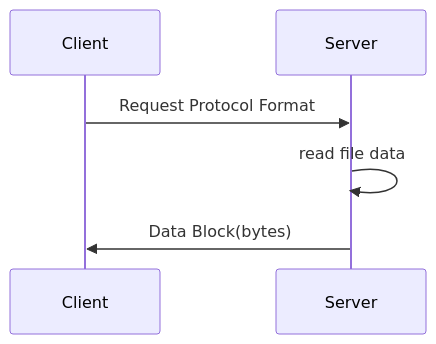
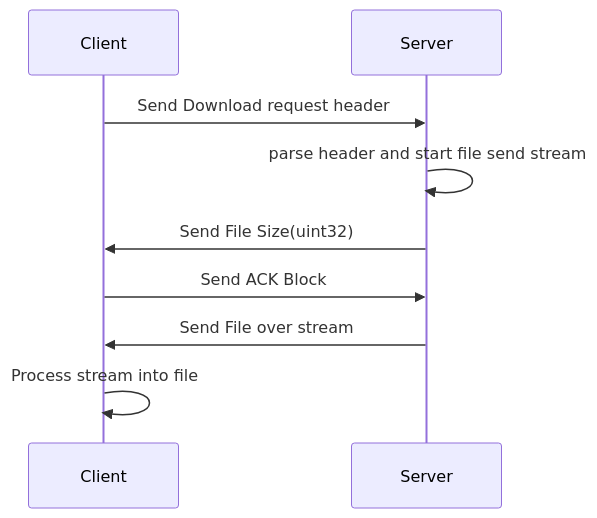
Before and after one commit to BenYoo-ben/LightFileExplorer: the third of 5 diagrams in file_server/README.md, drawn with Mermaid. The commit also changed other lines of this file, not shown here.

Commit message:
Update File Server README

`````diff
--- a/file_server/README.md
+++ b/file_server/README.md
@@ -87,8 +93,14 @@
 ```mermaid
 sequenceDiagram
-    Client->>Server: Request Protocol Format
+    Client->>Server: Send Download request header
 
-    Server->>Server: read file data
+    Server->>Server: parse header and start file send stream
     
-    Server->>Client: Data Block(bytes)    
-````  
+    Server->>Client: Send File Size(uint32)
+    
+    Client->>Server: Send ACK Block
+    
+    Server->>Client: Send File over stream
+    
+    Client->>Client: Process stream into file
+```  
`````
